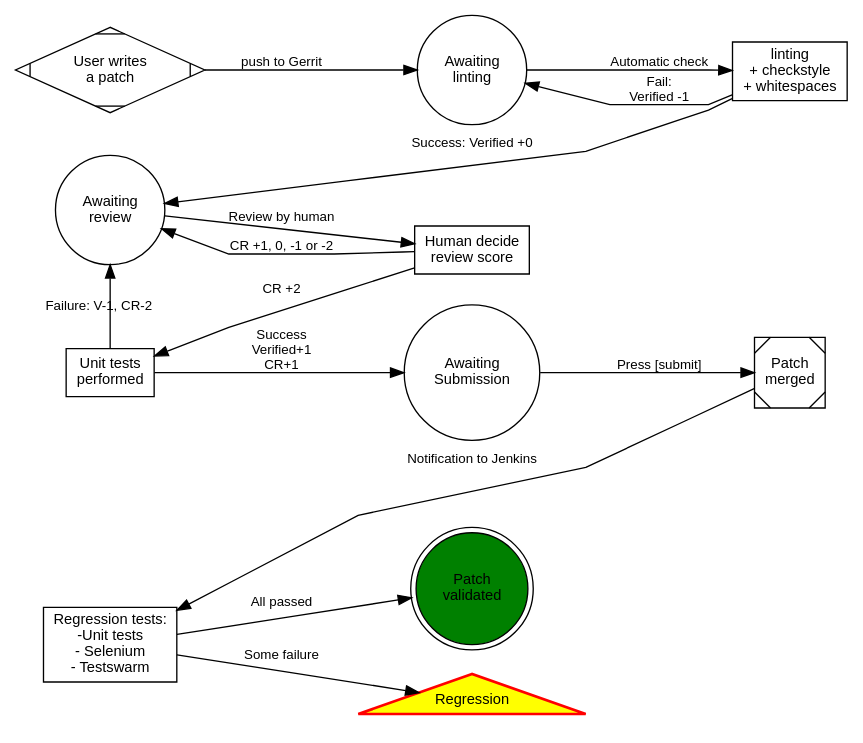
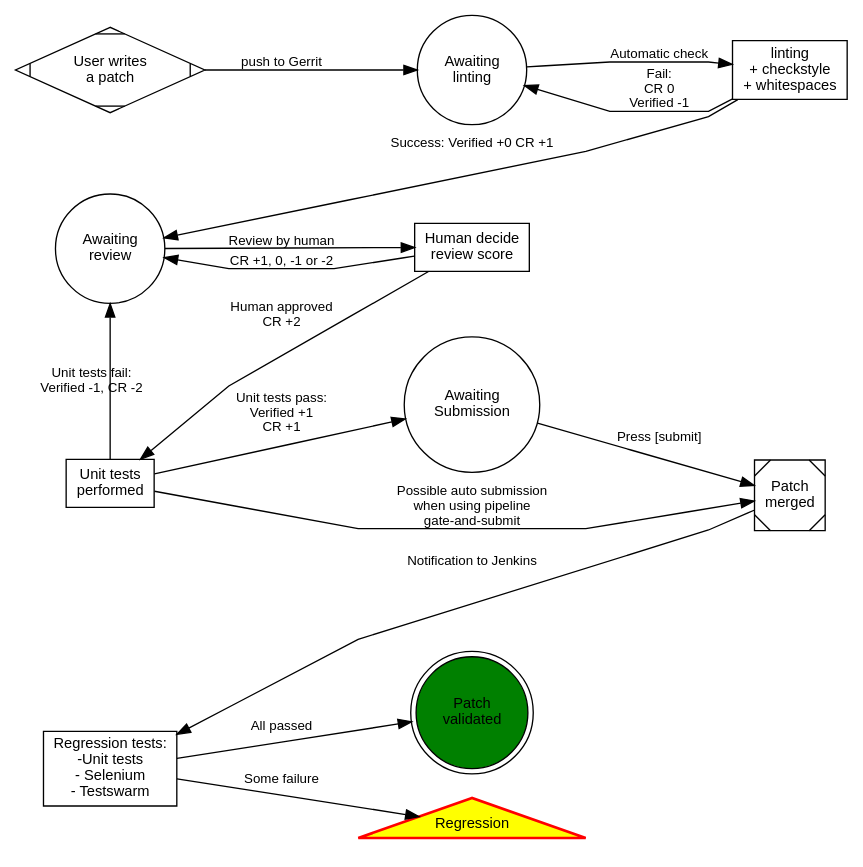
The diagram in workflow/workflow.dot (wikimedia/integration-doc), drawn with Graphviz before and after one commit. The commit also changed 1 other file, not shown here.

```diff
--- a/workflow/workflow.dot
+++ b/workflow/workflow.dot
@@ -1,63 +1,64 @@
 digraph ci_workflow {
 
 	graph [ fontname=Arial, fontsize=12, splines=polyline ]
 	node  [ fontname=Arial, fontsize=11 ]
 	edge  [ fontname=Arial, fontsize=10 ]
 
 	// From left to right
     rankdir=LR;
 	// Default shape
 	node [shape = circle];
 
 	START [shape=Mdiamond label = "User writes\na patch" ];
 	WAIT_LINT   [ label = "Awaiting\nlinting" ];
 	START -> WAIT_LINT [ label = "push to Gerrit" ]
 
 	WAIT_LINT -> LINT_CHECK [ label = "Automatic check" ];
 
 	LINT_CHECK  [ shape=rect label = "linting\n+ checkstyle\n+ whitespaces" ];
-	LINT_CHECK -> WAIT_LINT [ label = "Fail:\nVerified -1" ];
-	LINT_CHECK -> LINTED [ label = "Success: Verified +0" constraint=false ];
+	LINT_CHECK -> WAIT_LINT [ label = "Fail:\nCR 0\nVerified -1" ];
+	LINT_CHECK -> LINTED [ label = "Success: Verified +0 CR +1" constraint=false ];
 
 	LINTED [ label = "Awaiting\nreview" ];
 
 	REVIEW [ shape=rect label = "Human decide\nreview score" ];
 	LINTED -> REVIEW [ label = "Review by human" ];
 	REVIEW -> LINTED [ label = "CR +1, 0, -1 or -2" ];
 
 	UNIT_TESTS [ shape=rect label = "Unit tests\nperformed" ];
-	REVIEW -> UNIT_TESTS [ label = "CR +2" constraint=false];
+	REVIEW -> UNIT_TESTS [ label = "Human approved\nCR +2" constraint=false];
 
-	UNIT_TESTS -> LINTED [ label = "Failure: V-1, CR-2" constraint=false];
+	UNIT_TESTS -> LINTED [ label = "Unit tests fail:\nVerified -1, CR -2" constraint=false];
 
-	UNIT_TESTS -> WAIT_SUBMIT [ label = "Success\nVerified+1\nCR+1" ];
+	UNIT_TESTS -> WAIT_SUBMIT [ label = "Unit tests pass:\nVerified +1\nCR +1" ];
 
 	PATCH_MERGED [shape=Msquare label = "Patch\nmerged" ];
 
 	WAIT_SUBMIT -> PATCH_MERGED [ label = "Press [submit]" ];
 	WAIT_SUBMIT [ label ="Awaiting\nSubmission" ];
 
+	UNIT_TESTS -> PATCH_MERGED [ label = "Possible auto submission\nwhen using pipeline\ngate-and-submit"];
 
 	REGRESSION_TESTS [
 		shape=rect
 		label="Regression tests:\n-Unit tests\n- Selenium\n- Testswarm"
 	];
 	PATCH_MERGED -> REGRESSION_TESTS [ label="Notification to Jenkins" constraint=false ];
 
 	SUCCESS [
 		label="Patch\nvalidated"
 		shape=doublecircle
 		style="filled"
 		fillcolor="green"
 	];
 	REGRESSION_TESTS -> SUCCESS [ label="All passed" ];
 
 	REGRESSION [
 		label="Regression"
 		shape=triangle
 		style="filled,bold"
 		fillcolor="yellow"
 		color="red"
 	];
 	REGRESSION_TESTS -> REGRESSION [ label="Some failure" ];
 }
```
